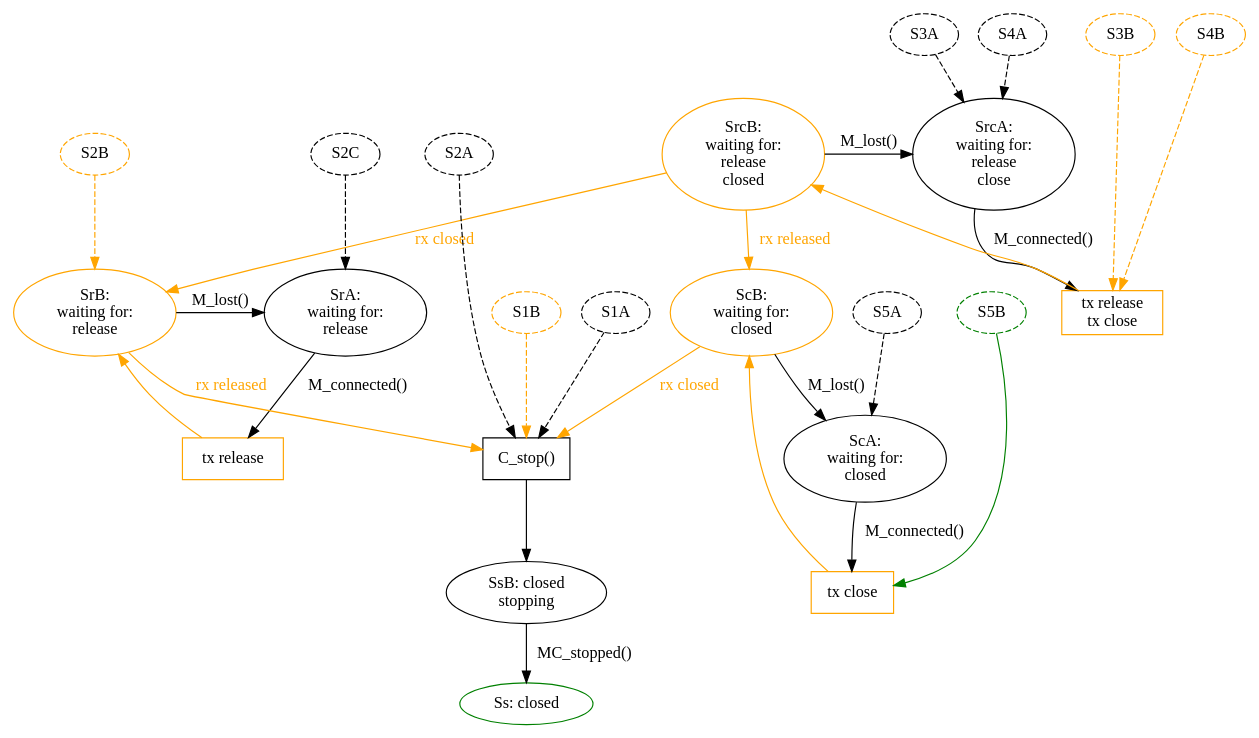
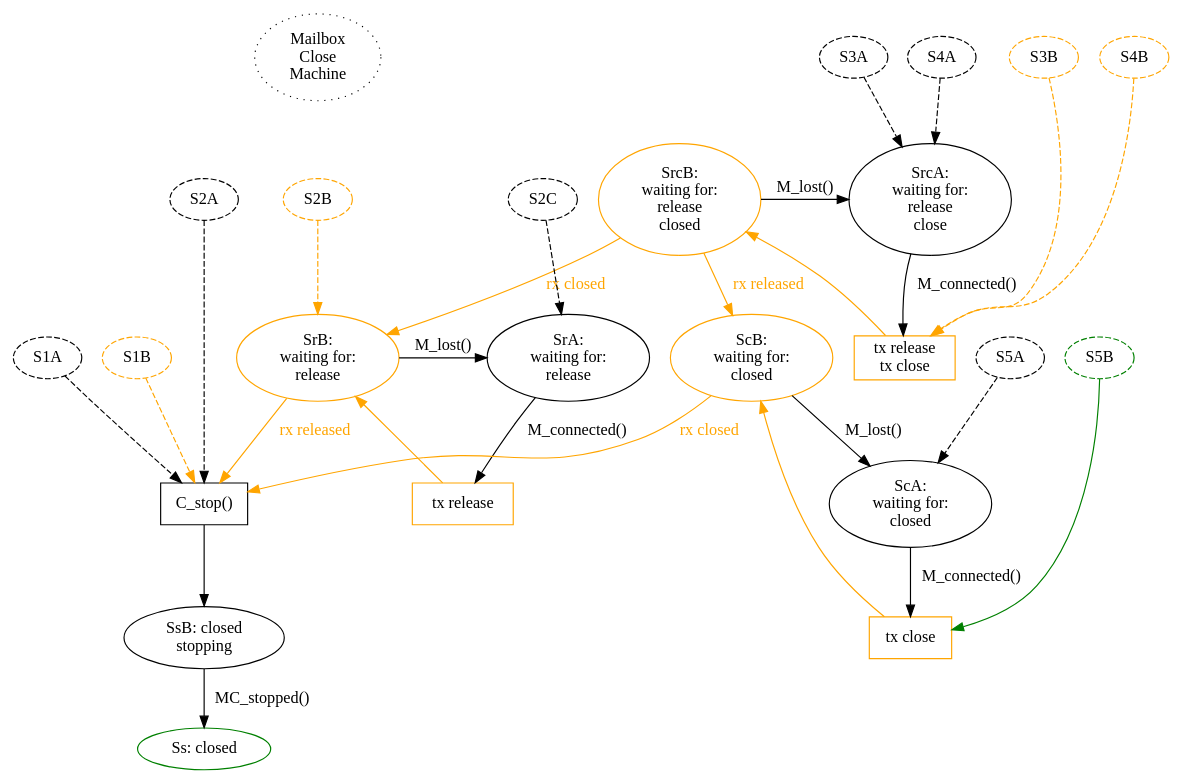
The diagram in docs/w3.dot (magic-wormhole/magic-wormhole), drawn with Graphviz before and after one commit. The commit also changed 2 other files, not shown here.

Commit message:
w4.dot: redraw Connection Machine to match

```diff
--- a/docs/w3.dot
+++ b/docs/w3.dot
@@ -1,76 +1,78 @@
 digraph {
         /* M_close pathways */
+        MC_title [label="Mailbox\nClose\nMachine" style="dotted"]
+        MC_title -> MC_S2B [style="invis"]
 
         /* All dashed states are from the main Mailbox Machine diagram, and
         all dashed lines indicate M_close() pathways in from those states.
         Within this graph, all M_close() events leave the state unchanged. */
 
         {rank=same; MC_SrA MC_SrB}
         MC_SrA [label="SrA:\nwaiting for:\nrelease"]
         MC_SrA -> MC_Pr [label="M_connected()"]
         MC_Pr [shape="box" label="tx release" color="orange"]
         MC_Pr -> MC_SrB [color="orange"]
         MC_SrB [label="SrB:\nwaiting for:\nrelease" color="orange"]
         MC_SrB -> MC_SrA [label="M_lost()"]
         MC_SrB -> MC_P_stop [label="rx released" color="orange" fontcolor="orange"]
 
         /*{rank=same; MC_ScA MC_ScB}*/
         MC_ScA [label="ScA:\nwaiting for:\nclosed"]
         MC_ScA -> MC_Pc [label="M_connected()"]
         MC_Pc [shape="box" label="tx close" color="orange"]
         MC_Pc -> MC_ScB [color="orange"]
         MC_ScB [label="ScB:\nwaiting for:\nclosed" color="orange"]
         MC_ScB -> MC_ScA [label="M_lost()"]
         MC_ScB -> MC_P_stop [label="rx closed" color="orange" fontcolor="orange"]
 
         {rank=same; MC_SrcA MC_SrcB}
         MC_SrcA [label="SrcA:\nwaiting for:\nrelease\nclose"]
         MC_SrcA -> MC_Prc [label="M_connected()"]
         MC_Prc [shape="box" label="tx release\ntx close" color="orange"]
         MC_Prc -> MC_SrcB [color="orange"]
         MC_SrcB [label="SrcB:\nwaiting for:\nrelease\nclosed" color="orange"]
         MC_SrcB -> MC_SrcA [label="M_lost()"]
         MC_SrcB -> MC_ScB [label="rx released" color="orange" fontcolor="orange"]
         MC_SrcB -> MC_SrB [label="rx closed" color="orange" fontcolor="orange"]
 
 
         MC_P_stop [shape="box" label="C_stop()"]
         MC_P_stop -> MC_SsB
 
         MC_SsB -> MC_Ss [label="MC_stopped()"]
         MC_SsB [label="SsB: closed\nstopping"]
 
         MC_Ss [label="Ss: closed" color="green"]
 
 
         MC_S1A [label="S1A" style="dashed"]
         MC_S1A -> MC_P_stop [style="dashed"]
         MC_S1B [label="S1B" color="orange" style="dashed"]
         MC_S1B -> MC_P_stop [style="dashed" color="orange"]
 
         {rank=same; MC_S2A MC_S2B MC_S2C}
         MC_S2A [label="S2A" style="dashed"]
         MC_S2A -> MC_P_stop [style="dashed"]
         MC_S2C [label="S2C" style="dashed"]
         MC_S2C -> MC_SrA [style="dashed"]
         MC_S2B [label="S2B" color="orange" style="dashed"]
         MC_S2B -> MC_SrB [color="orange" style="dashed"]
 
-        {rank=same; MC_S3A MC_S4A MC_S3B MC_S4B}
+        {rank=same; MC_title MC_S3A MC_S4A MC_S3B MC_S4B}
         MC_S3A [label="S3A" style="dashed"]
         MC_S3B [label="S3B" color="orange" style="dashed"]
         MC_S3A -> MC_SrcA [style="dashed"]
         MC_S3B -> MC_Prc [color="orange" style="dashed"]
 
         MC_S4A [label="S4A" style="dashed"]
         MC_S4B [label="S4B" color="orange" style="dashed"]
         MC_S4A -> MC_SrcA [style="dashed"]
         MC_S4B -> MC_Prc [color="orange" style="dashed"]
 
         {rank=same; MC_S5A MC_S5B}
         MC_S5A [label="S5A" style="dashed"]
         MC_S5B [label="S5B" color="green" style="dashed"]
         MC_S5A -> MC_ScA [style="dashed"]
         MC_S5B -> MC_Pc [color="green"]
 
 }
```
